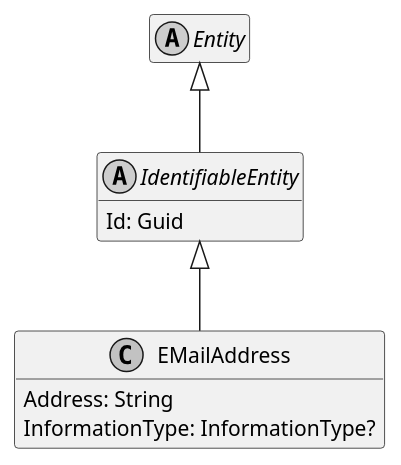
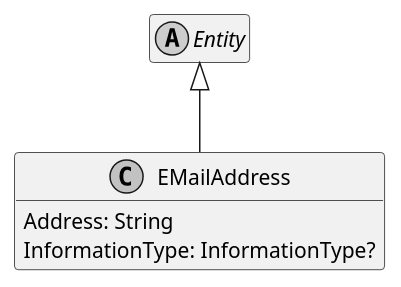
One commit to ObiWanLansi/DoofesZeug changed the diagram in Documentation/Generated/Entities/DoofesZeug.Entities.ManMade.Communication/EMailAddress.puml. Above: the diagram before and after it, drawn with PlantUML. The commit also changed 79 other files, not shown here.

```diff
--- a/Documentation/Generated/Entities/DoofesZeug.Entities.ManMade.Communication/EMailAddress.puml
+++ b/Documentation/Generated/Entities/DoofesZeug.Entities.ManMade.Communication/EMailAddress.puml
@@ -1,22 +1,16 @@
 @startuml
 hide empty members
 skinparam monochrome true
 skinparam backgroundcolor transparent
 
 abstract class Entity {
 }
 
-Entity <|-- IdentifiableEntity
-
-abstract class IdentifiableEntity {
-    Id: Guid
-}
-
-IdentifiableEntity <|-- EMailAddress
+Entity <|-- EMailAddress
 
 class EMailAddress {
     Address: String
     InformationType: InformationType?
 }
 
 @enduml
```
